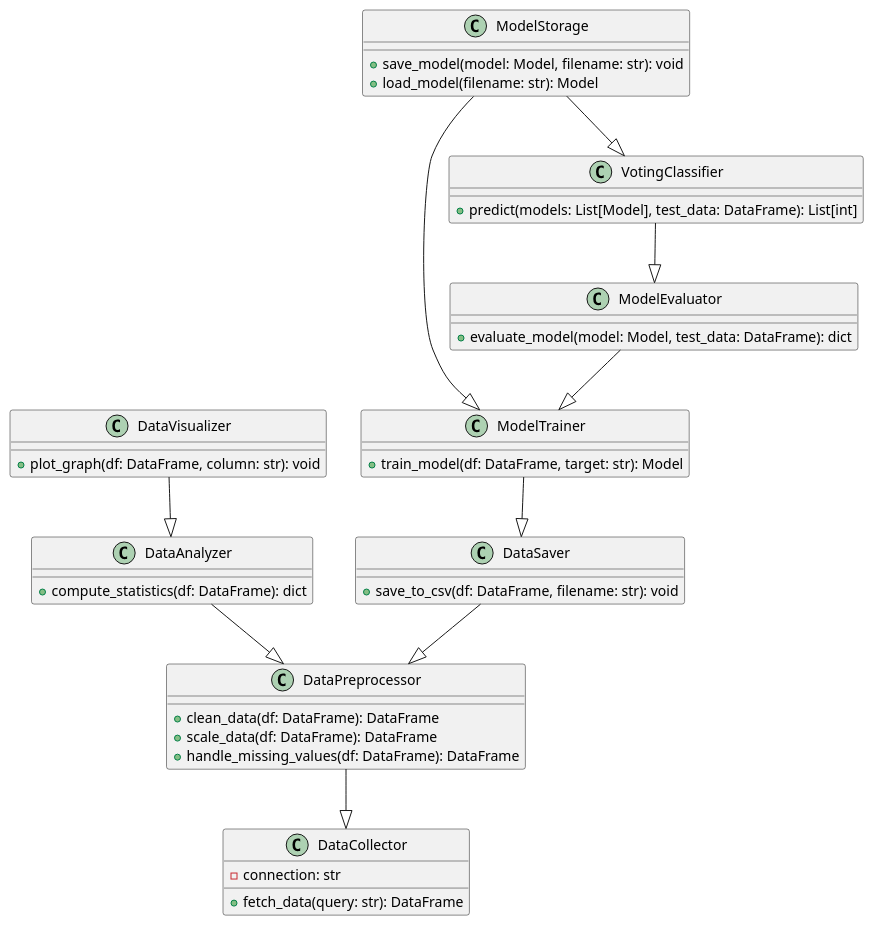
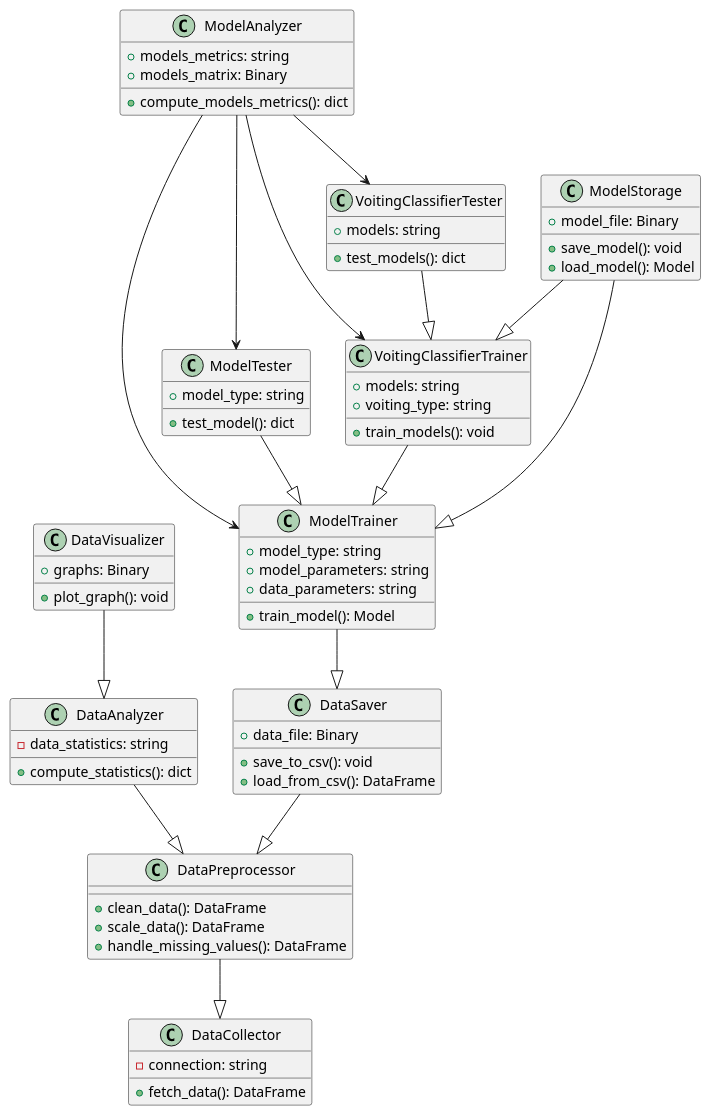
One commit to SerhiiMiroshnychenko/ScientificCalculations changed the diagram in UML/Class_UML_1.puml. Above: the diagram before and after it, drawn with PlantUML.

Commit message:
Converter - UML

```diff
--- a/UML/Class_UML_1.puml
+++ b/UML/Class_UML_1.puml
@@ -1,53 +1,81 @@
 @startuml
 
 class DataCollector {
-    - connection: str
-    + fetch_data(query: str): DataFrame
+    - connection: string
+    + fetch_data(): DataFrame
 }
 
 class DataPreprocessor {
-    + clean_data(df: DataFrame): DataFrame
-    + scale_data(df: DataFrame): DataFrame
-    + handle_missing_values(df: DataFrame): DataFrame
+    + clean_data(): DataFrame
+    + scale_data(): DataFrame
+    + handle_missing_values(): DataFrame
 }
 
 class DataAnalyzer {
-    + compute_statistics(df: DataFrame): dict
+    - data_statistics: string
+    + compute_statistics(): dict
 }
 
 class DataVisualizer {
-    + plot_graph(df: DataFrame, column: str): void
+    + graphs: Binary
+    + plot_graph(): void
 }
 
 class DataSaver {
-    + save_to_csv(df: DataFrame, filename: str): void
+    + data_file: Binary
+    + save_to_csv(): void
+    + load_from_csv(): DataFrame
 }
 
 class ModelTrainer {
-    + train_model(df: DataFrame, target: str): Model
+    + model_type: string
+    + model_parameters: string
+    + data_parameters: string
+    + train_model(): Model
 }
 
-class ModelEvaluator {
-    + evaluate_model(model: Model, test_data: DataFrame): dict
-}
-
-class VotingClassifier {
-    + predict(models: List[Model], test_data: DataFrame): List[int]
+class ModelTester {
+    + model_type: string
+    + test_model(): dict
 }
 
 class ModelStorage {
-    + save_model(model: Model, filename: str): void
-    + load_model(filename: str): Model
+    + model_file: Binary
+    + save_model(): void
+    + load_model(): Model
+}
+
+class ModelAnalyzer {
+    + models_metrics: string
+    + models_matrix: Binary
+    + compute_models_metrics(): dict
+}
+
+class VoitingClassifierTrainer {
+    + models: string
+    + voiting_type: string
+    + train_models(): void
+}
+
+class VoitingClassifierTester {
+    + models: string
+    + test_models(): dict
 }
 
 DataPreprocessor --|> DataCollector
 DataAnalyzer --|> DataPreprocessor
 DataVisualizer --|> DataAnalyzer
 DataSaver --|> DataPreprocessor
 ModelTrainer --|> DataSaver
-ModelEvaluator --|> ModelTrainer
-VotingClassifier --|> ModelEvaluator
+ModelTester --|> ModelTrainer
 ModelStorage --|> ModelTrainer
-ModelStorage --|> VotingClassifier
+VoitingClassifierTrainer --|> ModelTrainer
+VoitingClassifierTester --|> VoitingClassifierTrainer
+ModelStorage --|> VoitingClassifierTrainer
+
+ModelAnalyzer --> ModelTrainer
+ModelAnalyzer --> ModelTester
+ModelAnalyzer --> VoitingClassifierTrainer
+ModelAnalyzer --> VoitingClassifierTester
 
 @enduml
```
